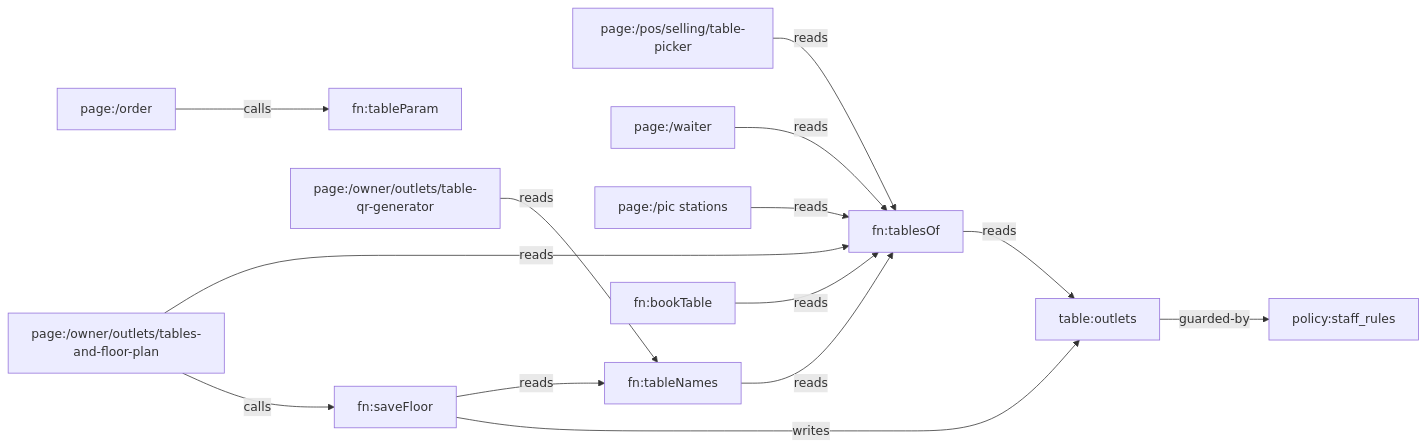
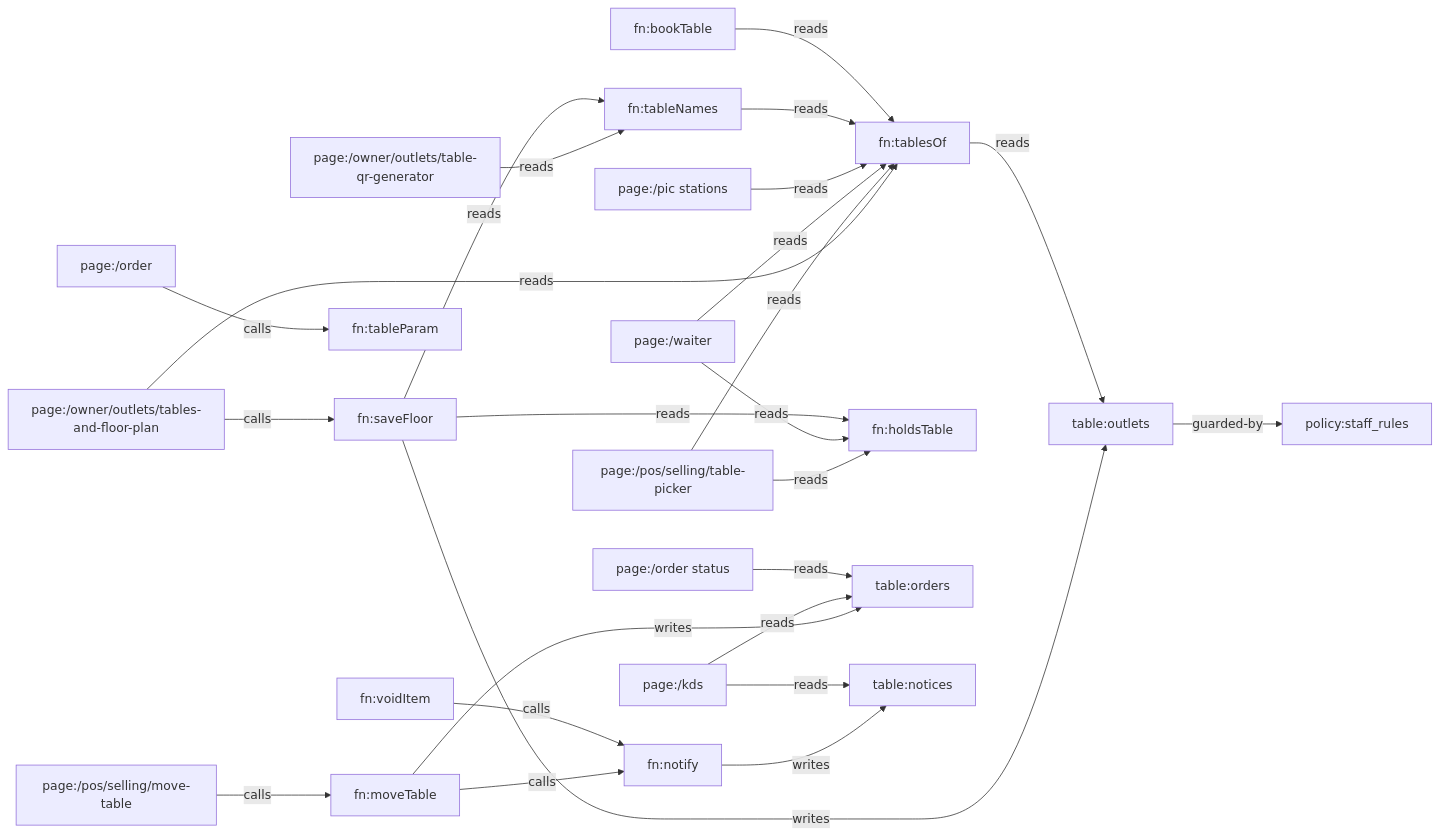
Before and after one commit to manusiaz/repobuatpos: the diagram in KNOWLEDGE_GRAPH.md, drawn with Mermaid. The commit also changed other lines of this file and 21 other files, not shown here.

First line of the commit message:
One rule for "table taken"; moving tables and voiding fired items reach the kitchen, waiter and guest phone

````diff
--- a/KNOWLEDGE_GRAPH.md
+++ b/KNOWLEDGE_GRAPH.md
@@ -88,16 +120,28 @@
 ```mermaid
 graph LR
   editor["page:/owner/outlets/tables-and-floor-plan"] -->|calls| save["fn:saveFloor"]
   save -->|writes| outlets["table:outlets"]
   tablesOf["fn:tablesOf"] -->|reads| outlets
   editor -->|reads| tablesOf
   pos["page:/pos/selling/table-picker"] -->|reads| tablesOf
   waiter["page:/waiter"] -->|reads| tablesOf
   pic["page:/pic stations"] -->|reads| tablesOf
   names["fn:tableNames"] -->|reads| tablesOf
   qr["page:/owner/outlets/table-qr-generator"] -->|reads| names
   save -->|reads| names
   book["fn:bookTable"] -->|reads| tablesOf
   menu["page:/order"] -->|calls| param["fn:tableParam"]
   outlets -->|guarded-by| rules["policy:staff_rules"]
+  hold["fn:holdsTable"]
+  pos -->|reads| hold
+  waiter -->|reads| hold
+  save -->|reads| hold
+  move["page:/pos/selling/move-table"] -->|calls| mt["fn:moveTable"]
+  mt -->|writes| orders["table:orders"]
+  mt -->|calls| nf["fn:notify"]
+  vi["fn:voidItem"] -->|calls| nf
+  nf -->|writes| notices
+  kds["page:/kds"] -->|reads| notices["table:notices"]
+  kds -->|reads| orders
+  guest["page:/order status"] -->|reads| orders
 ```
````
